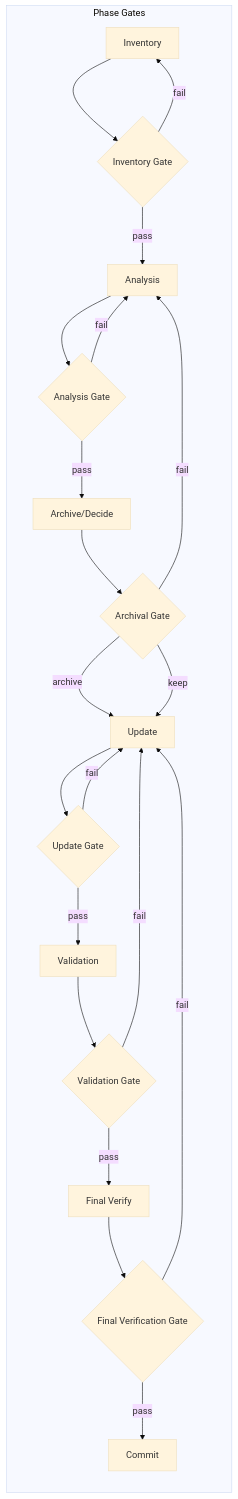
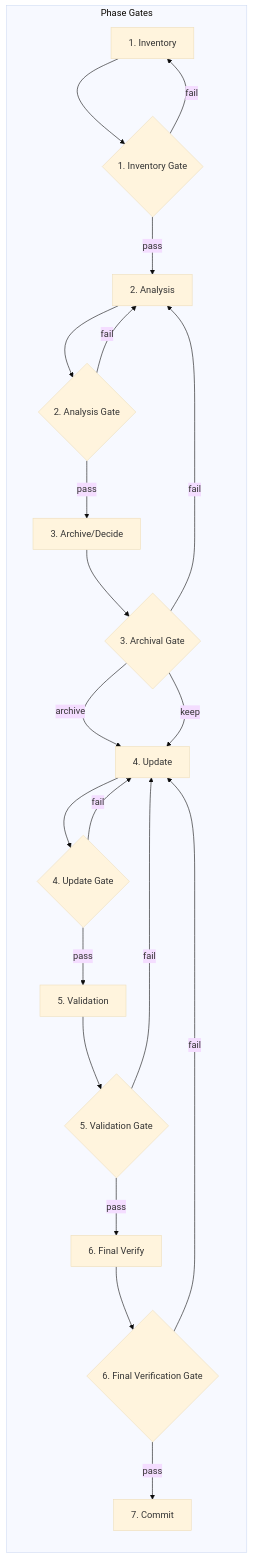
Before and after one commit to raphaelmansuy/edgequake: the second of 2 diagrams in specs/update-doc-template.md, drawn with Mermaid (base theme). The commit also changed other lines of this file and 1 other file, not shown here.

````diff
--- a/specs/update-doc-template.md
+++ b/specs/update-doc-template.md
@@ -152,29 +152,29 @@
 ```mermaid
 flowchart LR
   subgraph phase_gates[Phase Gates]
-    IG[Inventory] --> IGG{Inventory Gate}
-    IGG -->|pass| AN[Analysis]
+    IG[1. Inventory] --> IGG{1. Inventory Gate}
+    IGG -->|pass| AN[2. Analysis]
     IGG -->|fail| IG
 
-    AN --> ANG{Analysis Gate}
-    ANG -->|pass| AG[Archive/Decide]
+    AN --> ANG{2. Analysis Gate}
+    ANG -->|pass| AG[3. Archive/Decide]
     ANG -->|fail| AN
 
-    AG --> AGG{Archival Gate}
-    AGG -->|archive| UP[Update]
+    AG --> AGG{3. Archival Gate}
+    AGG -->|archive| UP[4. Update]
     AGG -->|keep| UP
     AGG -->|fail| AN
 
-    UP --> UPG{Update Gate}
-    UPG -->|pass| VAL[Validation]
+    UP --> UPG{4. Update Gate}
+    UPG -->|pass| VAL[5. Validation]
     UPG -->|fail| UP
 
-    VAL --> VAG{Validation Gate}
-    VAG -->|pass| FV[Final Verify]
+    VAL --> VAG{5. Validation Gate}
+    VAG -->|pass| FV[6. Final Verify]
     VAG -->|fail| UP
 
-    FV --> FVG{Final Verification Gate}
-    FVG -->|pass| CM[Commit]
+    FV --> FVG{6. Final Verification Gate}
+    FVG -->|pass| CM[7. Commit]
     FVG -->|fail| UP
   end
 ```
````
